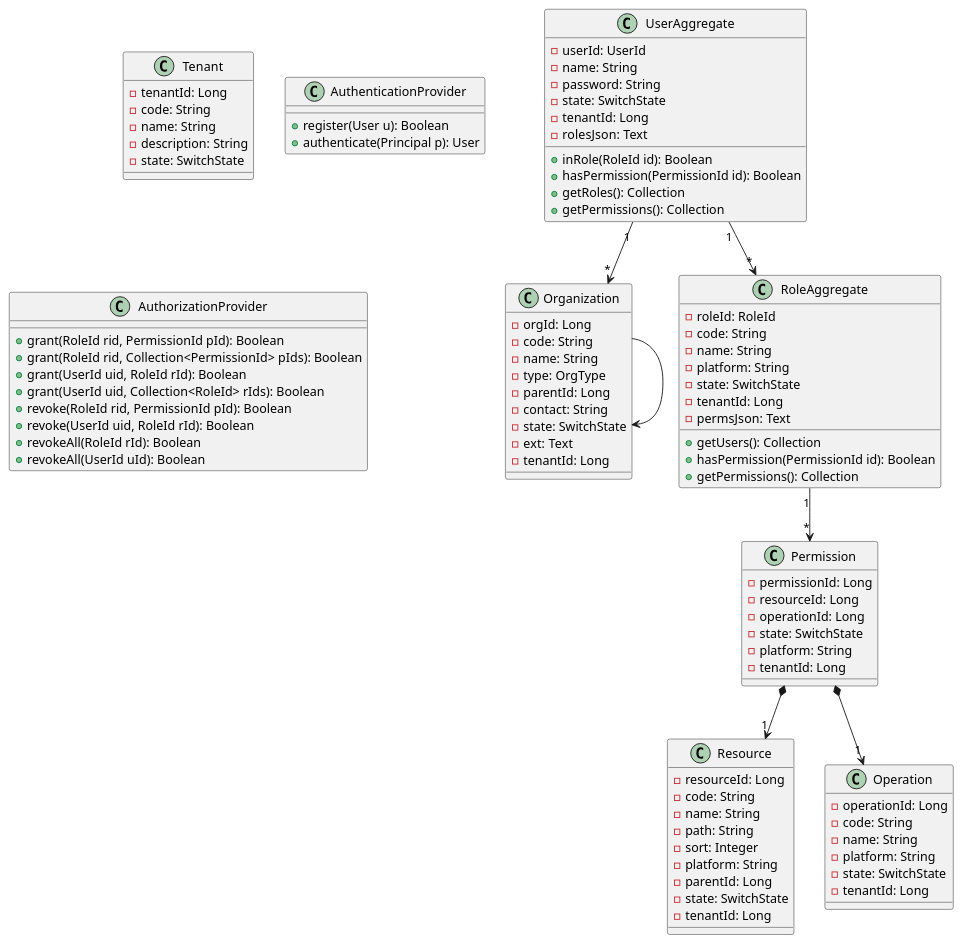
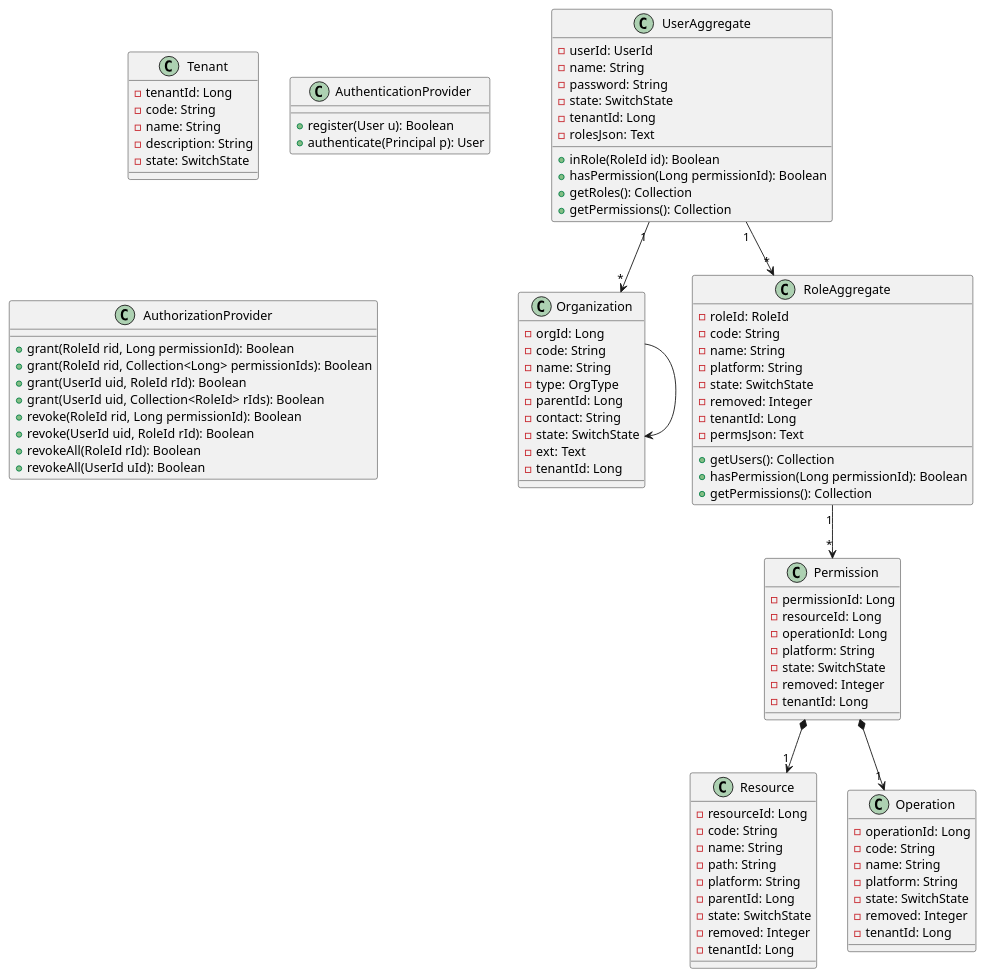
Before and after one commit to xgyb12458/dm-platform: the diagram in documents/dm-oauth/oauth_cls_class.puml, drawn with PlantUML.

Commit message:
update code

```diff
--- a/documents/dm-oauth/oauth_cls_class.puml
+++ b/documents/dm-oauth/oauth_cls_class.puml
@@ -1,122 +1,133 @@
 @startuml 组织与权限
 
 class Tenant {
     - tenantId: Long
     - code: String
     - name: String
     - description: String
     - state: SwitchState
 '    - createdAt: Long
 '    - updatedAt: Long
 '    - createdBy: UserId
 '    - updatedBy: UserId
 }
 class Organization {
      - orgId: Long
      - code: String
      - name: String
      - type: OrgType
      - parentId: Long
      - contact: String
      - state: SwitchState
      - ext: Text
      - tenantId: Long
  '    - createdAt: Long
  '    - updatedAt: Long
  '    - createdBy: UserId
  '    - updatedBy: UserId
  }
 class AuthenticationProvider {
     + register(User u): Boolean
     + authenticate(Principal p): User
 }
 class AuthorizationProvider {
-    + grant(RoleId rid, PermissionId pId): Boolean
-    + grant(RoleId rid, Collection<PermissionId> pIds): Boolean
+    + grant(RoleId rid, Long permissionId): Boolean
+    + grant(RoleId rid, Collection<Long> permissionIds): Boolean
     + grant(UserId uid, RoleId rId): Boolean
     + grant(UserId uid, Collection<RoleId> rIds): Boolean
-    + revoke(RoleId rid, PermissionId pId): Boolean
+    + revoke(RoleId rid, Long permissionId): Boolean
     + revoke(UserId uid, RoleId rId): Boolean
     + revokeAll(RoleId rId): Boolean
     + revokeAll(UserId uId): Boolean
 }
 class UserAggregate {
     - userId: UserId
     - name: String
     - password: String
     - state: SwitchState
     - tenantId: Long
     - rolesJson: Text
 '    - createdAt: Long
 '    - updatedAt: Long
 '    - createdBy: UserId
 '    - updatedBy: UserId
     + inRole(RoleId id): Boolean
-    + hasPermission(PermissionId id): Boolean
+    + hasPermission(Long permissionId): Boolean
     + getRoles(): Collection
     + getPermissions(): Collection
 }
 class RoleAggregate {
     - roleId: RoleId
     - code: String
     - name: String
     - platform: String
     - state: SwitchState
+    - removed: Integer
     - tenantId: Long
     - permsJson: Text
 '    - createdAt: Long 创建时间
 '    - updatedAt: Long 更新时间
-'    - createdBy: UserId 创建人
-'    - updatedBy: UserId 更新人
+'    - removedAt: Long 删除删减
+'    - createdBy: Long 创建人
+'    - updatedBy: Long 更新人
+'    - removedBy: Long 删除人
     + getUsers(): Collection
-    + hasPermission(PermissionId id): Boolean
+    + hasPermission(Long permissionId): Boolean
     + getPermissions(): Collection
 }
 class Permission {
     - permissionId: Long
     - resourceId: Long
     - operationId: Long
+    - platform: String
     - state: SwitchState
-    - platform: String
+    - removed: Integer
     - tenantId: Long
 '    - createdAt: Long
 '    - updatedAt: Long
-'    - createdBy: UserId
-'    - updatedBy: UserId
+'    - removedAt: Long
+'    - createdBy: Long
+'    - updatedBy: Long
+'    - removedBy: Long
 }
 class Resource {
     - resourceId: Long
     - code: String
     - name: String
     - path: String
-    - sort: Integer
     - platform: String
     - parentId: Long
     - state: SwitchState
+    - removed: Integer
     - tenantId: Long
 '    - createdAt: Long
 '    - updatedAt: Long
-'    - createdBy: UserId
-'    - updatedBy: UserId
+'    - removedAt: Long
+'    - createdBy: Long
+'    - updatedBy: Long
+'    - removedBy: Long
 }
 class Operation {
     - operationId: Long
     - code: String
     - name: String
     - platform: String
     - state: SwitchState
+    - removed: Integer
     - tenantId: Long
 '    - createdAt: Long
 '    - updatedAt: Long
-'    - createdBy: UserId
-'    - updatedBy: UserId
+'    - removedAt: Long
+'    - createdBy: Long
+'    - updatedBy: Long
+'    - removedBy: Long
 }
 
 Organization --> Organization
 UserAggregate "1"-->"*" Organization
 UserAggregate "1"-->"*" RoleAggregate
 RoleAggregate "1"-->"*" Permission
 Permission *-->"1" Resource
 Permission *-->"1" Operation
 
 @enduml
```
